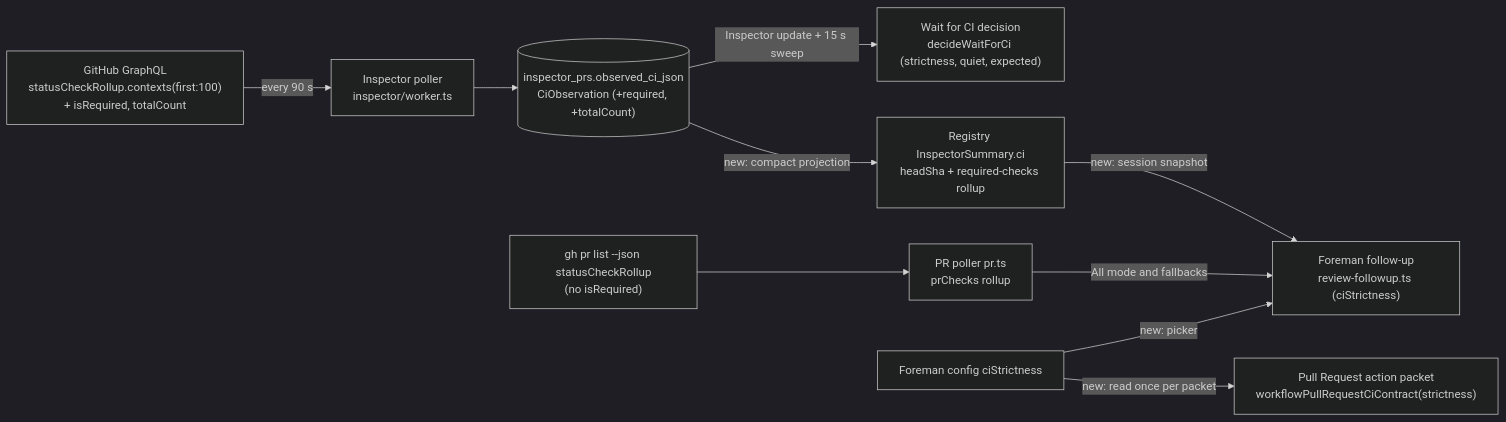
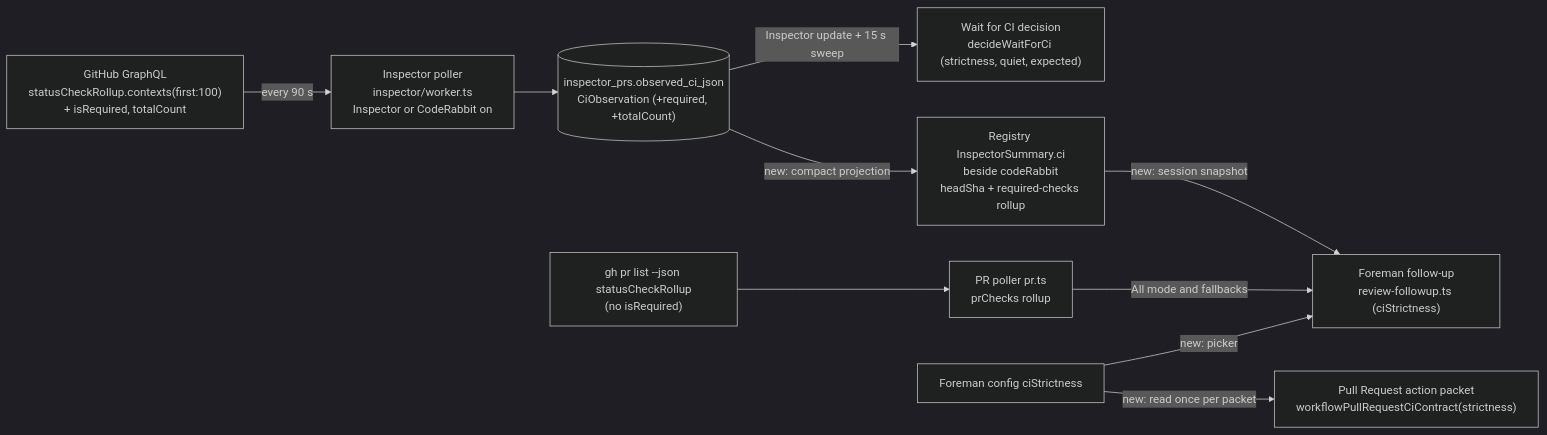
One commit to ramiro314/mission-control changed the first of 2 diagrams in docs/plans/ci-strictness/plan.md. Above: the diagram before and after it, drawn with Mermaid (dark theme). The commit also changed other lines of this file, not shown here.

````diff
--- a/docs/plans/ci-strictness/plan.md
+++ b/docs/plans/ci-strictness/plan.md
@@ -232,12 +301,12 @@
 ```mermaid
 flowchart LR
-  GH["GitHub GraphQL<br/>statusCheckRollup.contexts(first:100)<br/>+ isRequired, totalCount"] -->|every 90 s| INS["Inspector poller<br/>inspector/worker.ts"]
+  GH["GitHub GraphQL<br/>statusCheckRollup.contexts(first:100)<br/>+ isRequired, totalCount"] -->|every 90 s| INS["Inspector poller<br/>inspector/worker.ts<br/>Inspector or CodeRabbit on"]
   INS --> DB[("inspector_prs.observed_ci_json<br/>CiObservation (+required, +totalCount)")]
   DB -->|Inspector update + 15 s sweep| WFC["Wait for CI decision<br/>decideWaitForCi (strictness, quiet, expected)"]
-  DB -->|new: compact projection| REG["Registry InspectorSummary.ci<br/>headSha + required-checks rollup"]
+  DB -->|new: compact projection| REG["Registry InspectorSummary.ci<br/>beside codeRabbit<br/>headSha + required-checks rollup"]
   REG -->|new: session snapshot| FM["Foreman follow-up<br/>review-followup.ts (ciStrictness)"]
   GHCLI["gh pr list --json statusCheckRollup<br/>(no isRequired)"] --> PRP["PR poller pr.ts<br/>prChecks rollup"]
   PRP -->|All mode and fallbacks| FM
   CFG["Foreman config ciStrictness"] -->|new: read once per packet| PRA["Pull Request action packet<br/>workflowPullRequestCiContract(strictness)"]
   CFG -->|new: picker| FM
 ```
````
